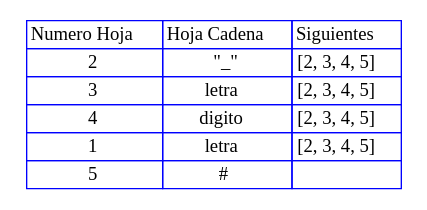
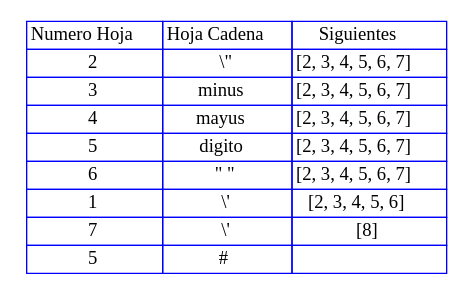
The diagram in src/Graphviz/Siguientes0.dot (RojasCJP/Proyecto1_Compi1), drawn with Graphviz before and after one commit. The commit also changed 437 other files, not shown here.

```diff
--- a/src/Graphviz/Siguientes0.dot
+++ b/src/Graphviz/Siguientes0.dot
@@ -1,14 +1,14 @@
 digraph {
 
   tbl [
 
     shape=plaintext
     label=<
       <table border='0' cellborder='1' color='blue' cellspacing='0'>
-        <tr><td>Numero Hoja</td><td>Hoja Cadena</td><td>Siguientes</td></tr><tr><td>2</td><td>"_"</td><td>[2, 3, 4, 5]</td></tr><tr><td>3</td><td>letra</td><td>[2, 3, 4, 5]</td></tr><tr><td>4</td><td>digito</td><td>[2, 3, 4, 5]</td></tr><tr><td>1</td><td>letra</td><td>[2, 3, 4, 5]</td></tr><tr><td>5</td><td>#</td><td></td></tr>
+        <tr><td>Numero Hoja</td><td>Hoja Cadena</td><td>Siguientes</td></tr><tr><td>2</td><td>\"</td><td>[2, 3, 4, 5, 6, 7]</td></tr><tr><td>3</td><td>minus</td><td>[2, 3, 4, 5, 6, 7]</td></tr><tr><td>4</td><td>mayus</td><td>[2, 3, 4, 5, 6, 7]</td></tr><tr><td>5</td><td>digito</td><td>[2, 3, 4, 5, 6, 7]</td></tr><tr><td>6</td><td>" "</td><td>[2, 3, 4, 5, 6, 7]</td></tr><tr><td>1</td><td>\'</td><td>[2, 3, 4, 5, 6]</td></tr><tr><td>7</td><td>\'</td><td>[8]</td></tr><tr><td>5</td><td>#</td><td></td></tr>
 
       </table>
 
     >];
 
 }
```
